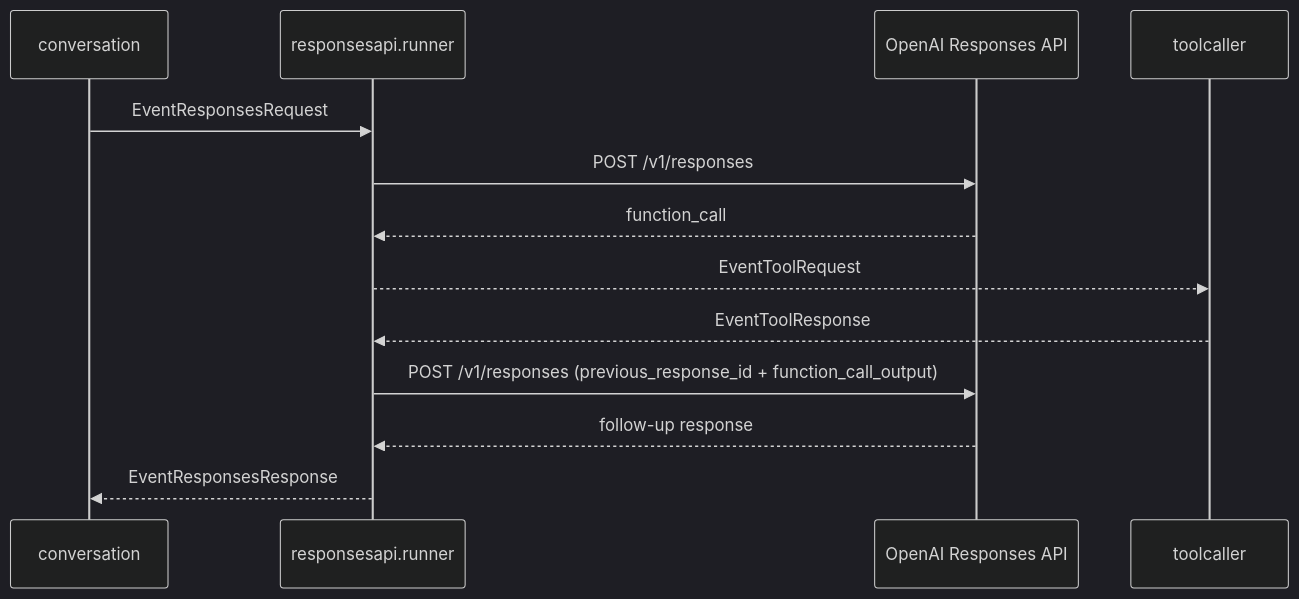
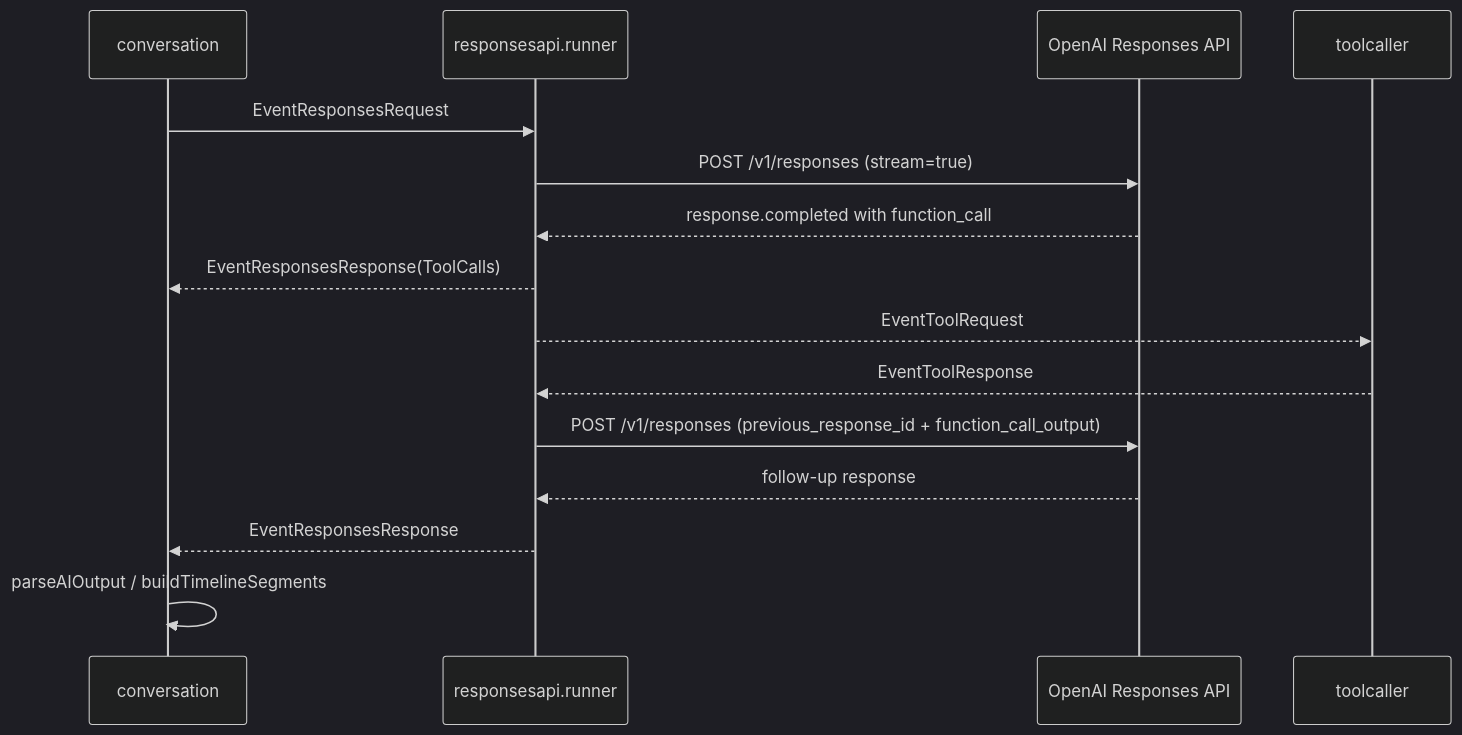
The second of 2 diagrams in docs/LLM連携と出力契約.md (tetetratra/smart-speaker), drawn with Mermaid (dark theme) before and after one commit. The commit also changed other lines of this file and 10 other files, not shown here.

````diff
--- a/docs/LLM連携と出力契約.md
+++ b/docs/LLM連携と出力契約.md
@@ -71,16 +79,18 @@
 ```mermaid
 sequenceDiagram
 	participant C as conversation
 	participant R as responsesapi.runner
 	participant O as OpenAI Responses API
 	participant T as toolcaller
 
 	C->>R: EventResponsesRequest
-	R->>O: POST /v1/responses
-	O-->>R: function_call
+	R->>O: POST /v1/responses (stream=true)
+	O-->>R: response.completed with function_call
+	R-->>C: EventResponsesResponse(ToolCalls)
 	R-->>T: EventToolRequest
 	T-->>R: EventToolResponse
 	R->>O: POST /v1/responses (previous_response_id + function_call_output)
 	O-->>R: follow-up response
 	R-->>C: EventResponsesResponse
+	C->>C: parseAIOutput / buildTimelineSegments
 ```
````
